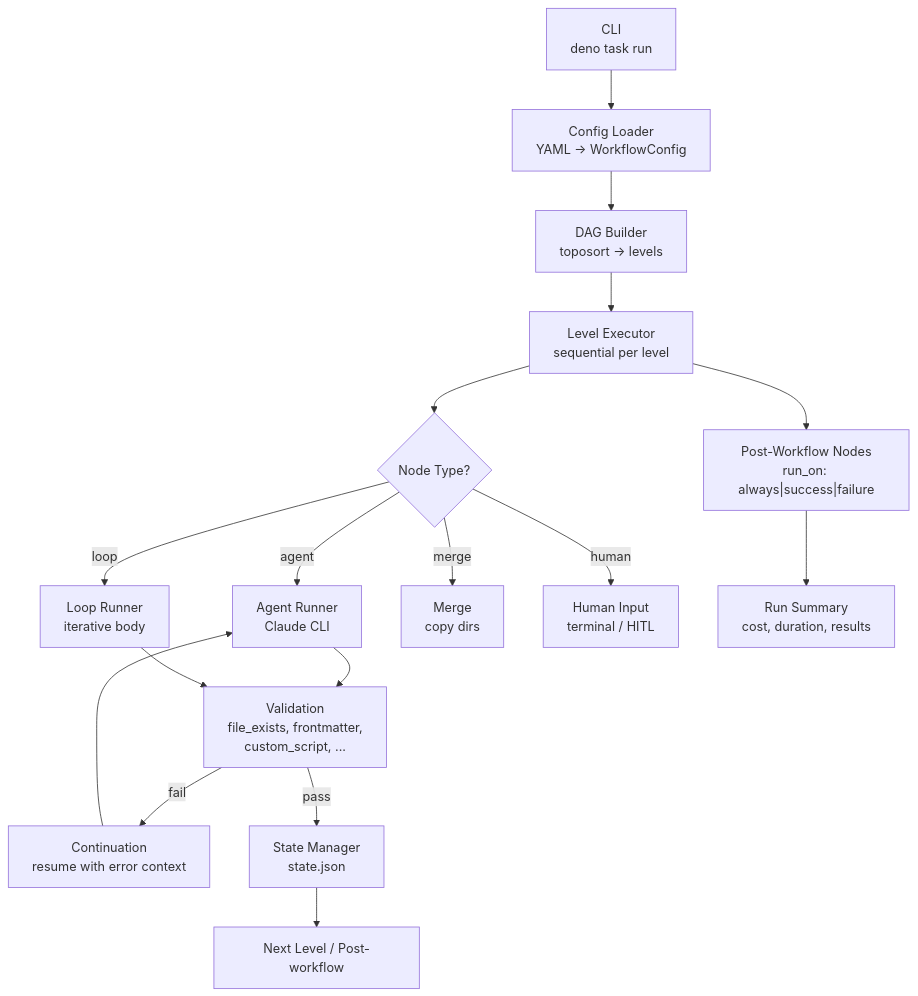
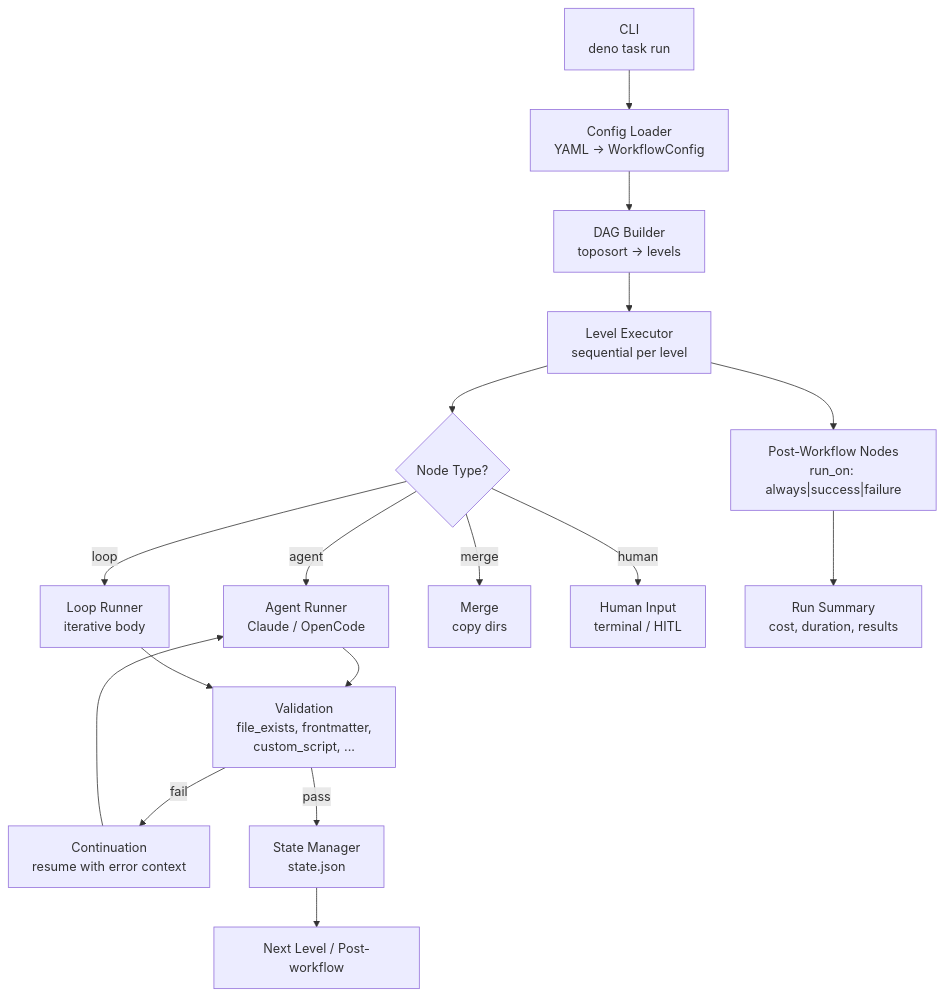
The first of 2 diagrams in README.md (korchasa/flowai-workflow), drawn with Mermaid before and after one commit. The commit also changed other lines of this file and 52 other files, not shown here.

First line of the commit message:
feat(engine): add OpenCode runtime support with provider-agnostic abstraction (#186)

````diff
--- a/README.md
+++ b/README.md
@@ -39,22 +33,22 @@
 ```mermaid
 graph TD
     CLI["CLI<br/>deno task run"] --> ConfigLoader["Config Loader<br/>YAML → WorkflowConfig"]
     ConfigLoader --> DAG["DAG Builder<br/>toposort → levels"]
     DAG --> Executor["Level Executor<br/>sequential per level"]
 
     Executor --> Dispatch{Node Type?}
-    Dispatch -->|agent| Agent["Agent Runner<br/>Claude CLI"]
+    Dispatch -->|agent| Agent["Agent Runner<br/>Claude / OpenCode"]
     Dispatch -->|loop| Loop["Loop Runner<br/>iterative body"]
     Dispatch -->|merge| Merge["Merge<br/>copy dirs"]
     Dispatch -->|human| Human["Human Input<br/>terminal / HITL"]
 
     Agent --> Validate["Validation<br/>file_exists, frontmatter,<br/>custom_script, ..."]
     Loop --> Validate
     Validate -->|fail| Continue["Continuation<br/>resume with error context"]
     Continue --> Agent
     Validate -->|pass| State["State Manager<br/>state.json"]
     State --> Next["Next Level / Post-workflow"]
 
     Executor --> PostWorkflow["Post-Workflow Nodes<br/>run_on: always|success|failure"]
     PostWorkflow --> Summary["Run Summary<br/>cost, duration, results"]
 ```
````
